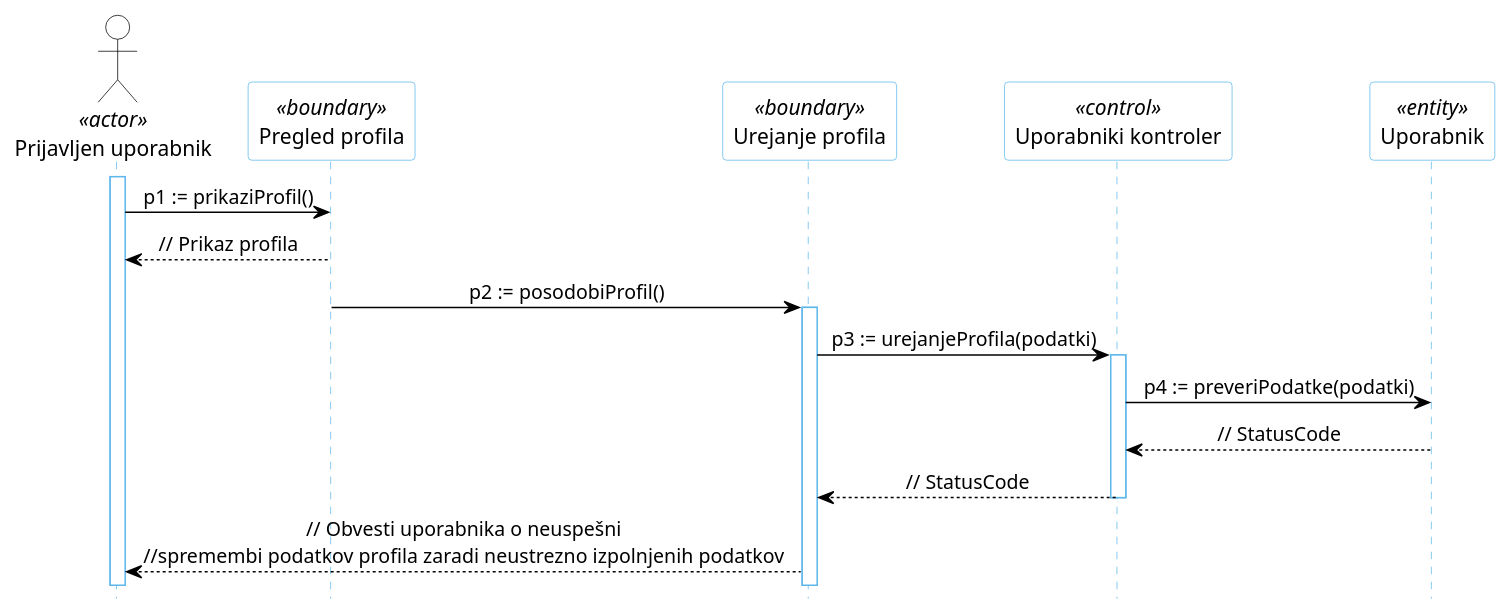
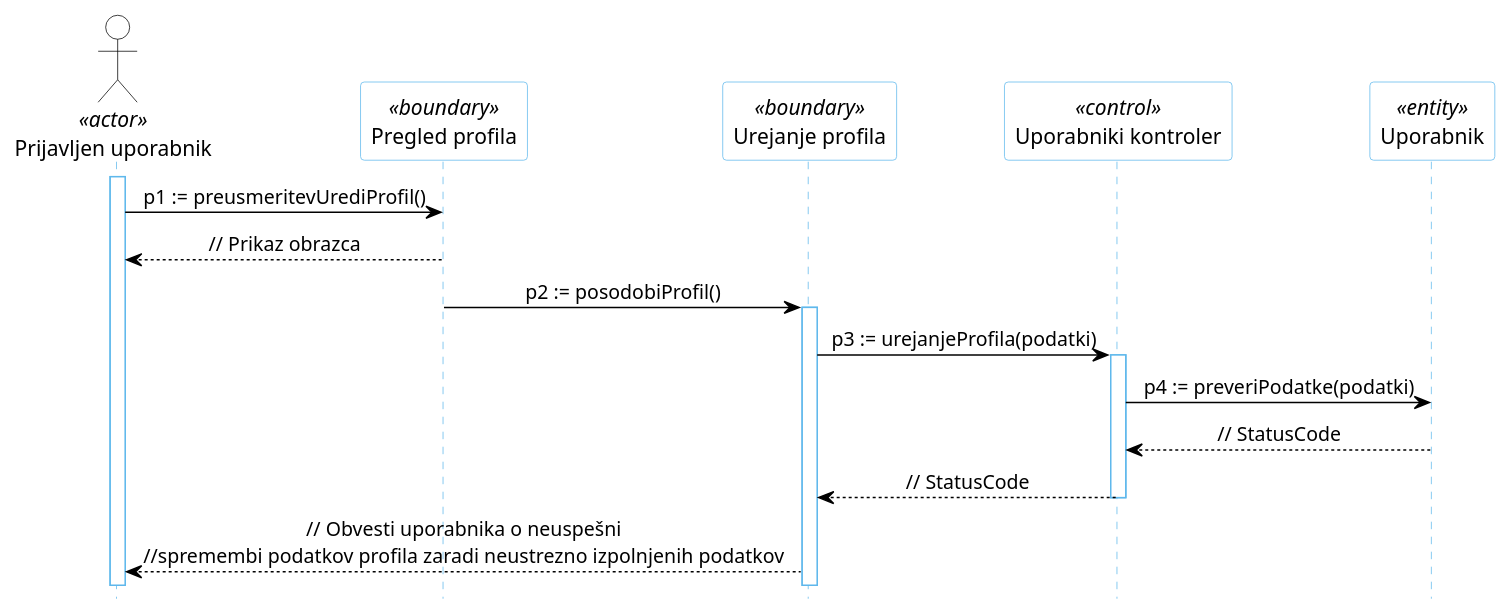
One commit to kupinah/test-tpo changed the diagram in docs/gradivo/plantuml/DZ/05c.puml. Above: the diagram before and after it, drawn with PlantUML. The commit also changed 21 other files, not shown here.

```diff
--- a/docs/gradivo/plantuml/DZ/05c.puml
+++ b/docs/gradivo/plantuml/DZ/05c.puml
@@ -1,32 +1,32 @@
 @startuml
 hide footbox
 
 skinparam backgroundcolor transparent
 skinparam defaultTextAlignment center
 skinparam actorBorderColor black
 skinparam actorBackgroundColor white
 skinparam arrowColor black
 skinparam sequenceLifeLineBorderColor #5FB8EC
 skinparam sequenceParticipantBorderColor #5FB8EC
 skinparam sequenceParticipantBackgroundColor white
 
 actor "Prijavljen uporabnik" AS U1 <<actor>>
 
 participant "Pregled profila" as R6 <<boundary>>
 participant "Urejanje profila" as R5 <<boundary>>
 participant "Uporabniki kontroler" as R2 <<control>>
 participant "Uporabnik" as R4 <<entity>>
 
 activate U1
-U1 -> R6: p1 := prikaziProfil()
-R6 --> U1: // Prikaz profila
+U1 -> R6: p1 := preusmeritevUrediProfil()
+R6 --> U1: // Prikaz obrazca
 R6 -> R5: p2 := posodobiProfil()
 activate R5
 R5 -> R2: p3 := urejanjeProfila(podatki)
 activate R2
 R2 -> R4: p4 := preveriPodatke(podatki)
 R4 --> R2: // StatusCode
 R2 --> R5: // StatusCode
 deactivate R2
 R5 --> U1: // Obvesti uporabnika o neuspešni\n//spremembi podatkov profila zaradi neustrezno izpolnjenih podatkov
 @enduml
```
